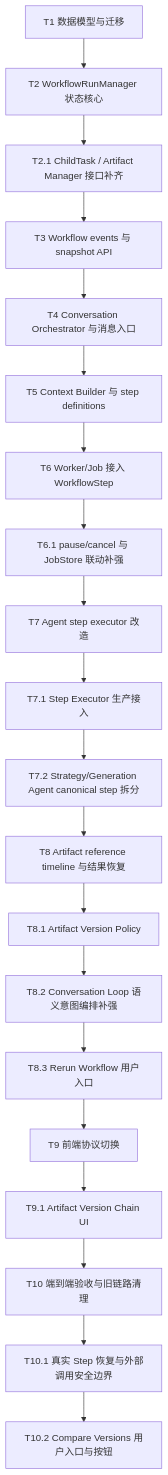
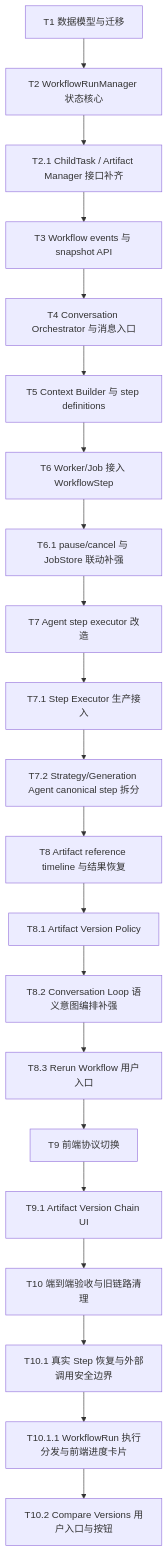
The diagram in docs/refactor/20260517_refactor_0.1.0_implementation_plan.md (zx7ch/content_strategy_generation), drawn with Mermaid before and after one commit. The commit also changed other lines of this file and 154 other files, not shown here.

````diff
--- a/docs/refactor/20260517_refactor_0.1.0_implementation_plan.md
+++ b/docs/refactor/20260517_refactor_0.1.0_implementation_plan.md
@@ -18,25 +18,26 @@
 ```mermaid
 flowchart TD
     T1["T1 数据模型与迁移"]
     T2["T2 WorkflowRunManager 状态核心"]
     T21["T2.1 ChildTask / Artifact Manager 接口补齐"]
     T3["T3 Workflow events 与 snapshot API"]
     T4["T4 Conversation Orchestrator 与消息入口"]
     T5["T5 Context Builder 与 step definitions"]
     T6["T6 Worker/Job 接入 WorkflowStep"]
     T61["T6.1 pause/cancel 与 JobStore 联动补强"]
     T7["T7 Agent step executor 改造"]
     T71["T7.1 Step Executor 生产接入"]
     T72["T7.2 Strategy/Generation Agent canonical step 拆分"]
     T8["T8 Artifact reference timeline 与结果恢复"]
     T81["T8.1 Artifact Version Policy"]
     T82["T8.2 Conversation Loop 语义意图编排补强"]
     T83["T8.3 Rerun Workflow 用户入口"]
     T9["T9 前端协议切换"]
     T91["T9.1 Artifact Version Chain UI"]
     T10["T10 端到端验收与旧链路清理"]
     T101["T10.1 真实 Step 恢复与外部调用安全边界"]
+    T1011["T10.1.1 WorkflowRun 执行分发与前端进度卡片"]
     T102["T10.2 Compare Versions 用户入口与按钮"]
 
-    T1 --> T2 --> T21 --> T3 --> T4 --> T5 --> T6 --> T61 --> T7 --> T71 --> T72 --> T8 --> T81 --> T82 --> T83 --> T9 --> T91 --> T10 --> T101 --> T102
+    T1 --> T2 --> T21 --> T3 --> T4 --> T5 --> T6 --> T61 --> T7 --> T71 --> T72 --> T8 --> T81 --> T82 --> T83 --> T9 --> T91 --> T10 --> T101 --> T1011 --> T102
 ```
````
